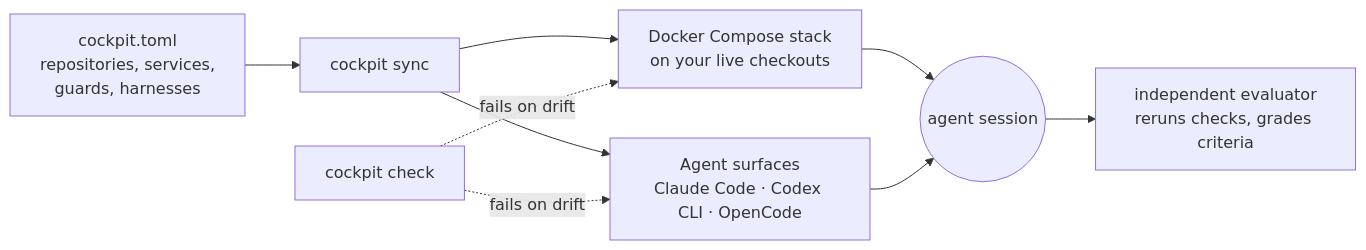
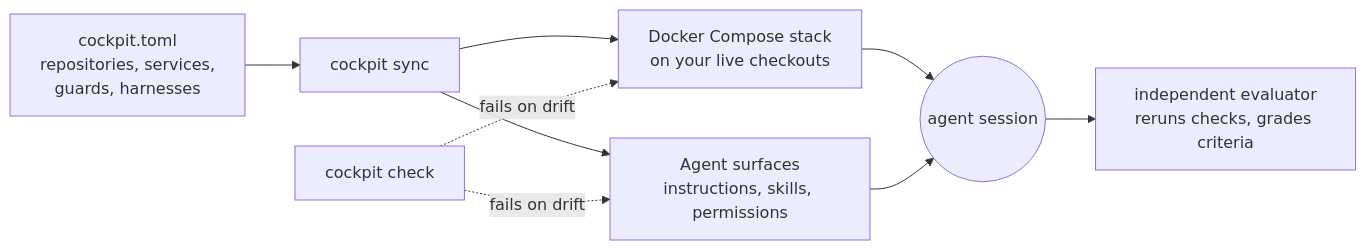
One commit to b0dea/cockpit changed the diagram in README.md. Above: the diagram before and after it, drawn with Mermaid. The commit also changed other lines of this file and 3 other files, not shown here.

````diff
--- a/README.md
+++ b/README.md
@@ -43,11 +43,11 @@
 ```mermaid
 flowchart LR
     toml["cockpit.toml<br/>repositories, services,<br/>guards, harnesses"] --> sync["cockpit sync"]
     sync --> compose["Docker Compose stack<br/>on your live checkouts"]
-    sync --> surfaces["Agent surfaces<br/>Claude Code · Codex CLI · OpenCode"]
+    sync --> surfaces["Agent surfaces<br/>instructions, skills, permissions"]
     compose --> session(("agent session"))
     surfaces --> session
     session --> grade["independent evaluator<br/>reruns checks, grades criteria"]
     check["cockpit check"] -. "fails on drift" .-> compose
     check -. "fails on drift" .-> surfaces
 ```
````
